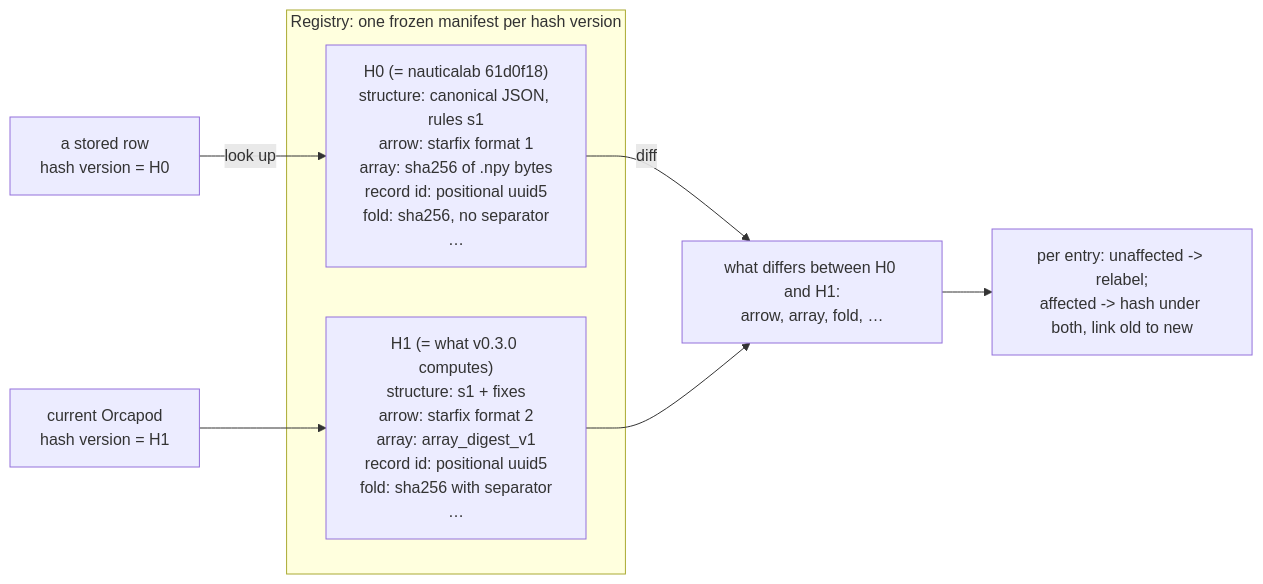
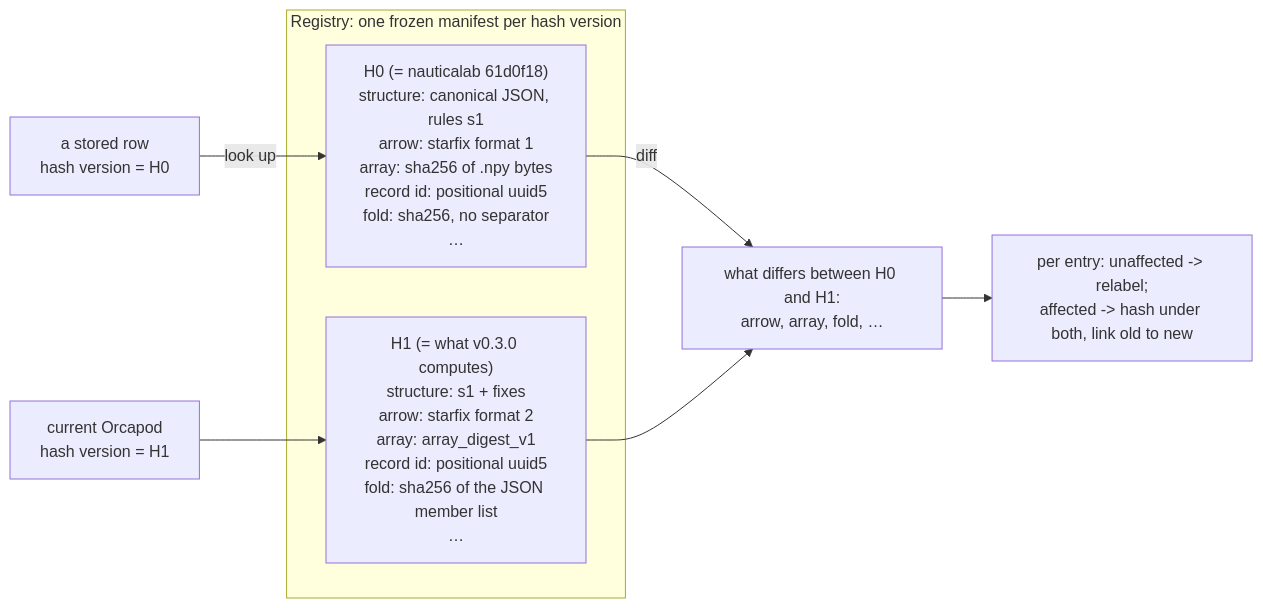
Before and after one commit to metamorphic-labs/orcapod-python: the fifth of 5 diagrams in superpowers/specs/2026-11-11-itl-938-versioning-system-design.md, drawn with Mermaid. The commit also changed other lines of this file and 1 other file, not shown here.

````diff
--- a/superpowers/specs/2026-11-11-itl-938-versioning-system-design.md
+++ b/superpowers/specs/2026-11-11-itl-938-versioning-system-design.md
@@ -987,12 +992,12 @@
 ```mermaid
 flowchart LR
     subgraph REG["Registry: one frozen manifest per hash version"]
         M1["H0 (= nauticalab 61d0f18)<br/>structure: canonical JSON, rules s1<br/>arrow: starfix format 1<br/>array: sha256 of .npy bytes<br/>record id: positional uuid5<br/>fold: sha256, no separator<br/>…"]
-        M2["H1 (= what v0.3.0 computes)<br/>structure: s1 + fixes<br/>arrow: starfix format 2<br/>array: array_digest_v1<br/>record id: positional uuid5<br/>fold: sha256 with separator<br/>…"]
+        M2["H1 (= what v0.3.0 computes)<br/>structure: s1 + fixes<br/>arrow: starfix format 2<br/>array: array_digest_v1<br/>record id: positional uuid5<br/>fold: sha256 of the JSON member list<br/>…"]
     end
     ROW["a stored row<br/>hash version = H0"] -->|"look up"| M1
     CUR["current Orcapod<br/>hash version = H1"] --> M2
     M1 -->|"diff"| D["what differs between H0 and H1:<br/>arrow, array, fold, …"]
     M2 --> D
     D --> PLAN["per entry: unaffected -> relabel;<br/>affected -> hash under both, link old to new"]
 ```
````
